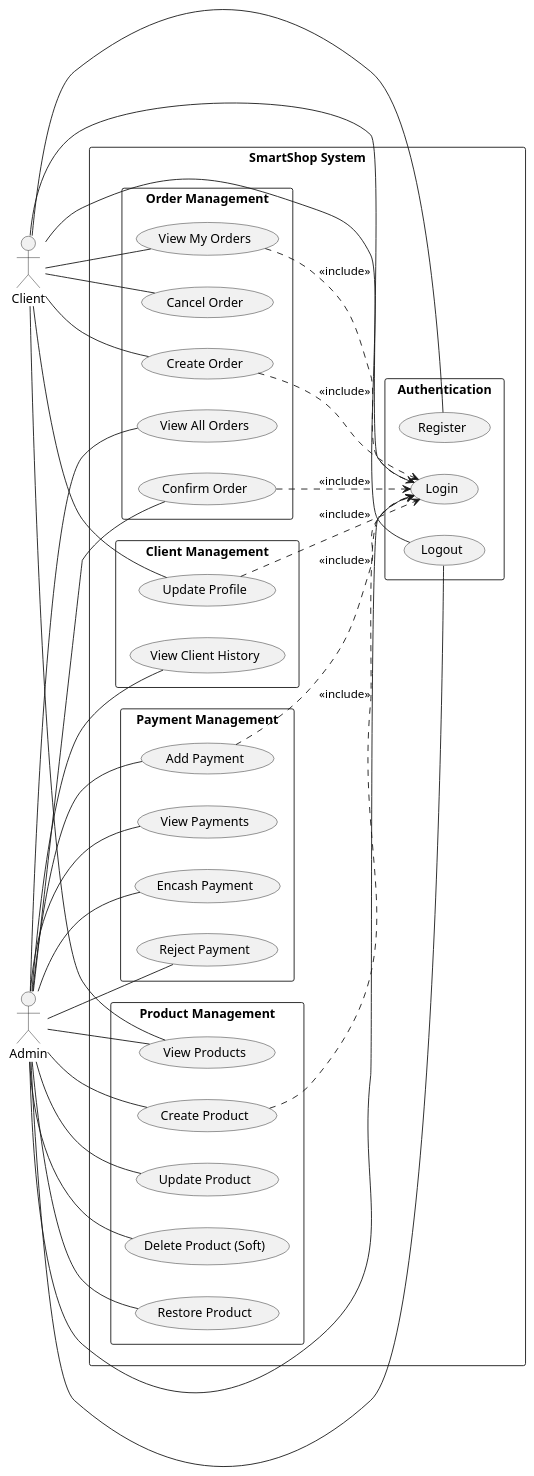
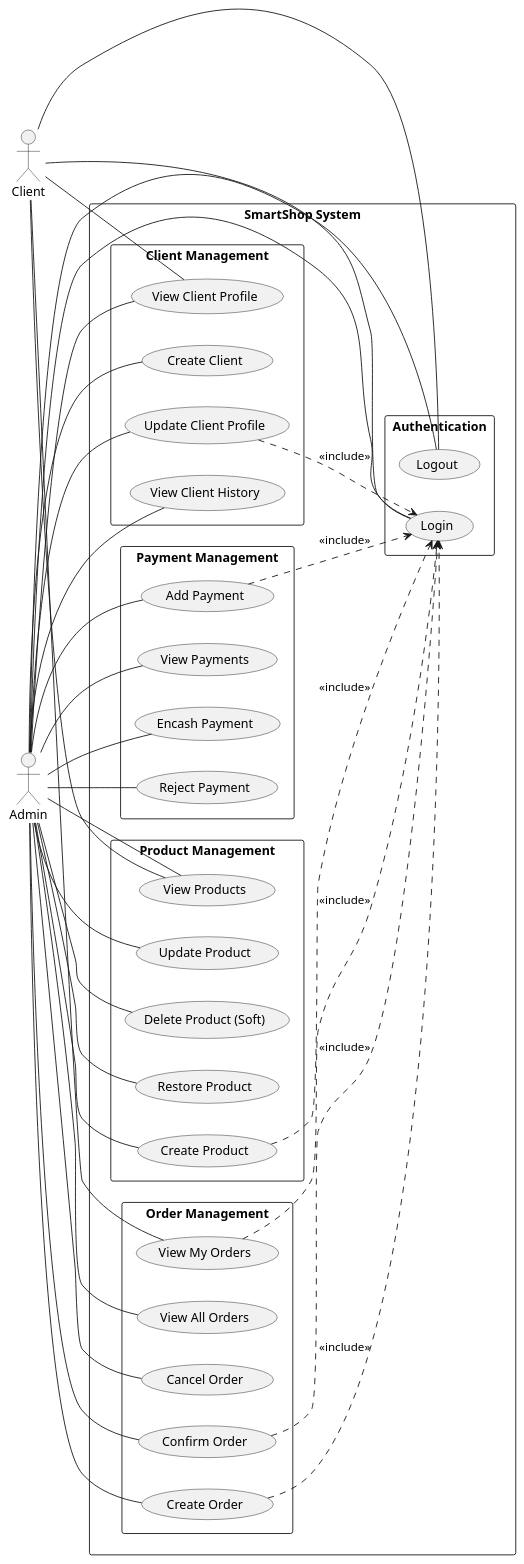
Before and after one commit to ousama-oujaber/SmartShop: the diagram in usecasediagram.puml, drawn with PlantUML. The commit also changed 3 other files, not shown here.

Commit message:
feat: Remove WebMvc interceptor configuration, refine client and admin roles in use case diagram, and clean up test and interceptor comments.

```diff
--- a/usecasediagram.puml
+++ b/usecasediagram.puml
@@ -1,79 +1,82 @@
 @startuml
 left to right direction
 skinparam packageStyle rectangle
 
 actor "Client" as client
 actor "Admin" as admin
 
 rectangle "SmartShop System" {
 
     package "Authentication" {
         usecase "Login" as UC_Login
         usecase "Logout" as UC_Logout
-        usecase "Register" as UC_Register
     }
 
     package "Product Management" {
         usecase "View Products" as UC_ViewProducts
         usecase "Create Product" as UC_CreateProduct
         usecase "Update Product" as UC_UpdateProduct
         usecase "Delete Product (Soft)" as UC_DeleteProduct
         usecase "Restore Product" as UC_RestoreProduct
     }
 
     package "Order Management" {
         usecase "Create Order" as UC_CreateOrder
         usecase "View My Orders" as UC_ViewMyOrders
         usecase "View All Orders" as UC_ViewAllOrders
         usecase "Cancel Order" as UC_CancelOrder
         usecase "Confirm Order" as UC_ConfirmOrder
     }
 
     package "Client Management" {
-        usecase "Update Profile" as UC_UpdateProfile
+        usecase "Create Client" as UC_CreateClient
+        usecase "Update Client Profile" as UC_UpdateProfile
+        usecase "View Client Profile" as UC_ViewProfile
         usecase "View Client History" as UC_ViewClientHistory
     }
 
     package "Payment Management" {
         usecase "Add Payment" as UC_AddPayment
         usecase "View Payments" as UC_ViewPayments
         usecase "Encash Payment" as UC_EncashPayment
         usecase "Reject Payment" as UC_RejectPayment
     }
 }
 
-' Client Relationships
+' Client Relationships (READ ONLY)
 client -- UC_Login
 client -- UC_Logout
-client -- UC_Register
 client -- UC_ViewProducts
-client -- UC_CreateOrder
 client -- UC_ViewMyOrders
-client -- UC_CancelOrder
-client -- UC_UpdateProfile
+client -- UC_ViewProfile
 
-' Admin Relationships
+' Admin Relationships (FULL ACCESS)
 admin -- UC_Login
 admin -- UC_Logout
 admin -- UC_ViewProducts
 admin -- UC_CreateProduct
 admin -- UC_UpdateProduct
 admin -- UC_DeleteProduct
 admin -- UC_RestoreProduct
+admin -- UC_CreateOrder
 admin -- UC_ViewAllOrders
+admin -- UC_CancelOrder
 admin -- UC_ConfirmOrder
+admin -- UC_CreateClient
+admin -- UC_UpdateProfile
+admin -- UC_ViewProfile
 admin -- UC_ViewClientHistory
 admin -- UC_AddPayment
 admin -- UC_ViewPayments
 admin -- UC_EncashPayment
 admin -- UC_RejectPayment
 
 ' Include/Extend relationships
 UC_CreateOrder ..> UC_Login : <<include>>
 UC_ViewMyOrders ..> UC_Login : <<include>>
 UC_UpdateProfile ..> UC_Login : <<include>>
 UC_CreateProduct ..> UC_Login : <<include>>
 UC_ConfirmOrder ..> UC_Login : <<include>>
 UC_AddPayment ..> UC_Login : <<include>>
 
 @enduml
```
